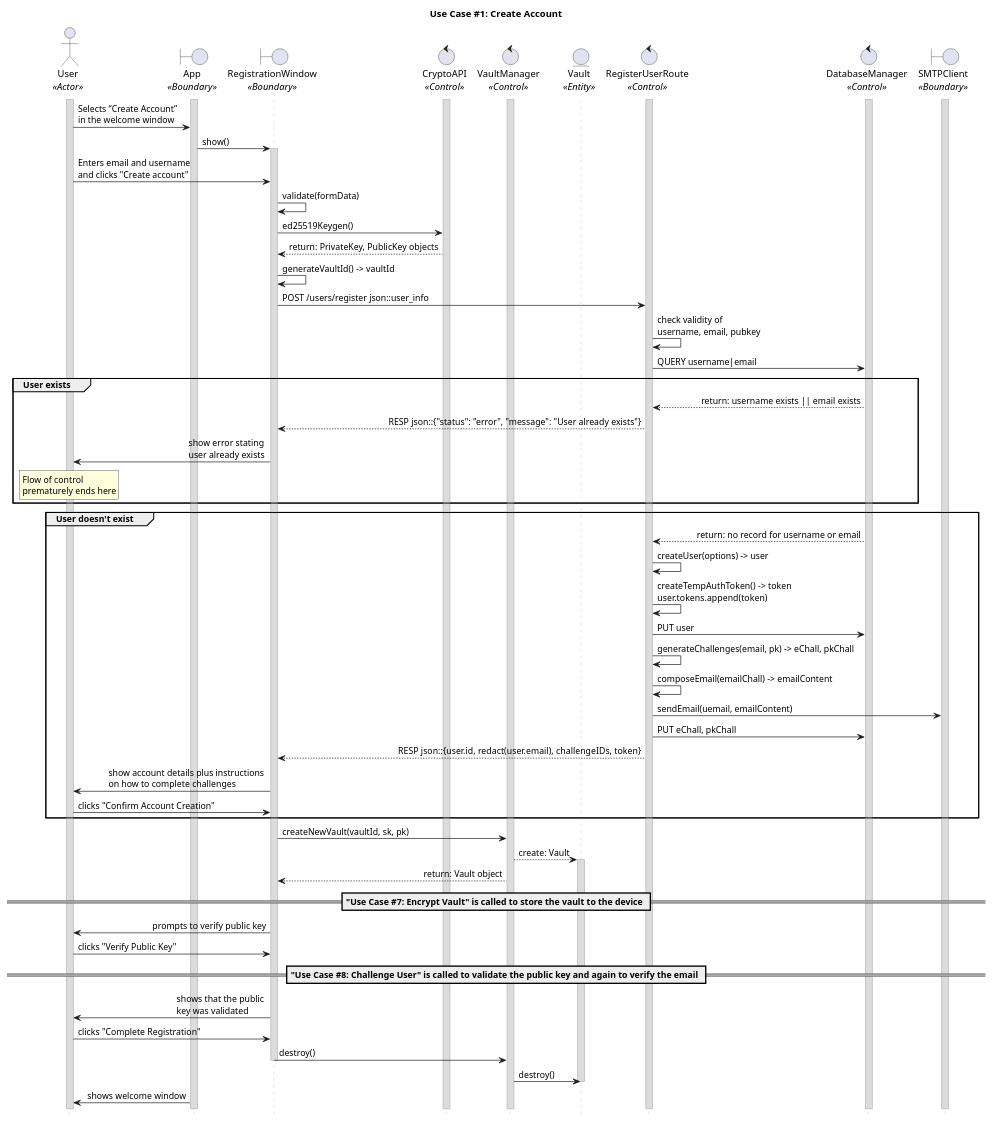
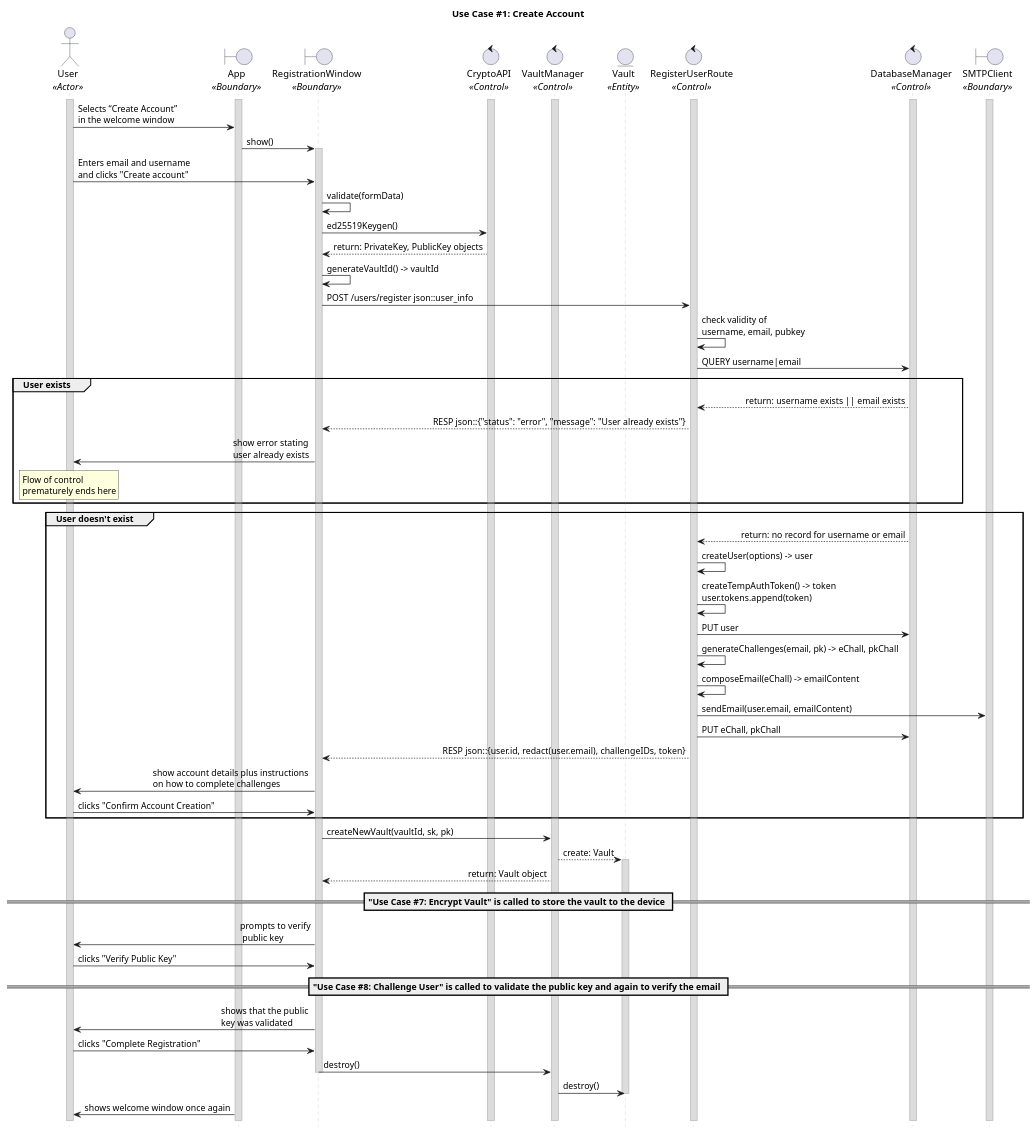
The diagram in uc_01.puml (CECS-491-SP24-Group-1/seq-diagrams), drawn with PlantUML before and after one commit.

Commit message:
Minor updates to uc01

```diff
--- a/uc_01.puml
+++ b/uc_01.puml
@@ -1,112 +1,113 @@
 @startuml uc01
 title "Use Case #1: Create Account"
 
 
 'Styling goes here
 hide footbox
 skinparam stereotypePosition bottom
 skinparam sequenceMessageAlign direction
 skinparam sequence {
 	LifeLineBorderColor #Silver
 	LifeLineBackgroundColor #Gainsboro
 }
 
 'Setup the objects involved here
 actor User as u <<Actor>>
 boundary App as a <<Boundary>>
 boundary RegistrationWindow as rw <<Boundary>>
 control CryptoAPI as ca <<Control>>
 control VaultManager as vm <<Control>>
 entity Vault as v <<Entity>>
 control RegisterUserRoute as rur <<Control>>
 control DatabaseManager as db <<Control>>
 boundary SMTPClient as sc <<Boundary>>
 
 'Setup persistent objects here
 activate u 
 activate a
 activate ca
 activate vm
 activate rur
 activate db
 activate sc
 
 '--- FLOW OF CONTROL STARTS HERE ---
 'User selects “Create Account” on the front page.
 u -> a: Selects “Create Account” \nin the welcome window
 
 'System shows a form to create the account.
 a -> rw: show()
 activate rw
 
 'User enters email address, username. User clicks “Create Account” button.
 u -> rw: Enters email and username \nand clicks "Create account"
 rw -> rw: validate(formData)
 
 'User’s device generates a UUID for the user and vault, timestamp, crypto key pair, and an identifier for the vault.
 rw -> ca: ed25519Keygen()
 ca --> rw: return: PrivateKey, PublicKey objects
 rw -> rw: generateVaultId() -> vaultId
 
-'User device send a request to the server to create an account.
+'User’s device sends the UUID of the user, timestamp, and generated public key to the server. The private key stays on the device for security reasons (CRITICAL).
 rw -> rur: POST /users/register json::user_info
 
 'Server checks if the account already exists
 rur -> rur: check validity of \nusername, email, pubkey
 rur -> db: QUERY username|email
 
 group User exists
 	db --> rur: return: username exists || email exists
 	rur --> rw: RESP json::{"status": "error", "message": "User already exists"}
 	rw -> u: show error stating \nuser already exists
 	rnote over u
 	Flow of control 
 	prematurely ends here
 	endrnote
 end
 
 group User doesn't exist
 	'Server creates the user and issues a temporary access token
 	db --> rur: return: no record for username or email
 	rur -> rur: createUser(options) -> user
 	rur -> rur: createTempAuthToken() -> token \nuser.tokens.append(token)
 	rur -> db: PUT user
 	rur -> rur: generateChallenges(email, pk) -> eChall, pkChall
 
 	'Server sends an email to the user to confirm creation of the account.
-	rur -> rur: composeEmail(emailChall) -> emailContent
-	rur -> sc: sendEmail(uemail, emailContent)
+	rur -> rur: composeEmail(eChall) -> emailContent
+	rur -> sc: sendEmail(user.email, emailContent)
 	rur -> db: PUT eChall, pkChall
 
 	'Server sends the response back and it's confirmed.
 	rur --> rw: RESP json::{user.id, redact(user.email), challengeIDs, token}
 	rw -> u: show account details plus instructions \non how to complete challenges
 	u -> rw: clicks "Confirm Account Creation"
 end
 
 'User’s device creates a vault with the details provided by the user and the data that was generated.
 rw -> vm: createNewVault(vaultId, sk, pk)
 vm --> v: create: Vault
 activate v
 vm --> rw: return: Vault object
+
 == "Use Case #7: Encrypt Vault" is called to store the vault to the device ==
 
 'User begins the challenge process
-rw -> u: prompts to verify public key
+rw -> u: prompts to verify\n public key
 u -> rw: clicks "Verify Public Key"
 
 == "Use Case #8: Challenge User" is called to validate the public key and again to verify the email ==
 
 'In-app challenges are completed
 rw -> u: shows that the public \nkey was validated
 u -> rw: clicks "Complete Registration"
 rw -> vm: destroy()
 deactivate rw
 vm -> v: destroy()
 deactivate v
 
 'Cleanup
-a -> u: shows welcome window
+a -> u: shows welcome window once again
 '--- FLOW OF CONTROL ENDS HERE   ---
 
 @enduml
```
